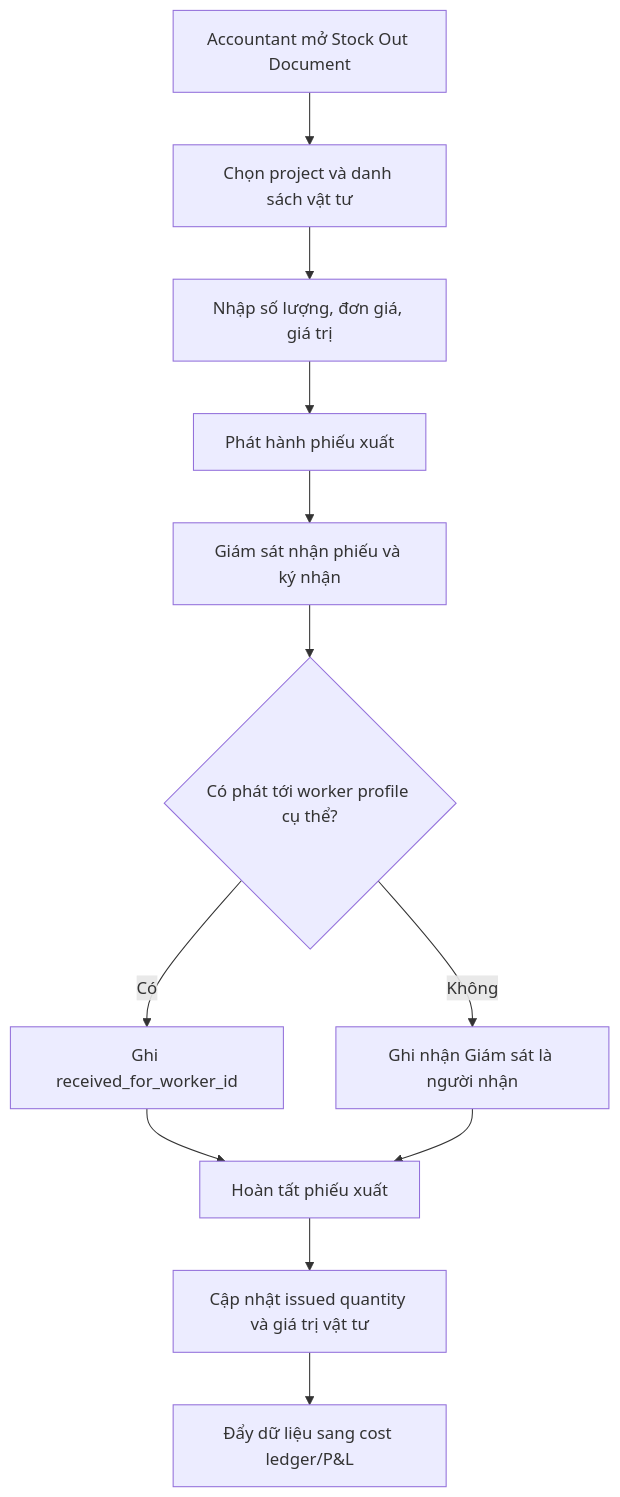
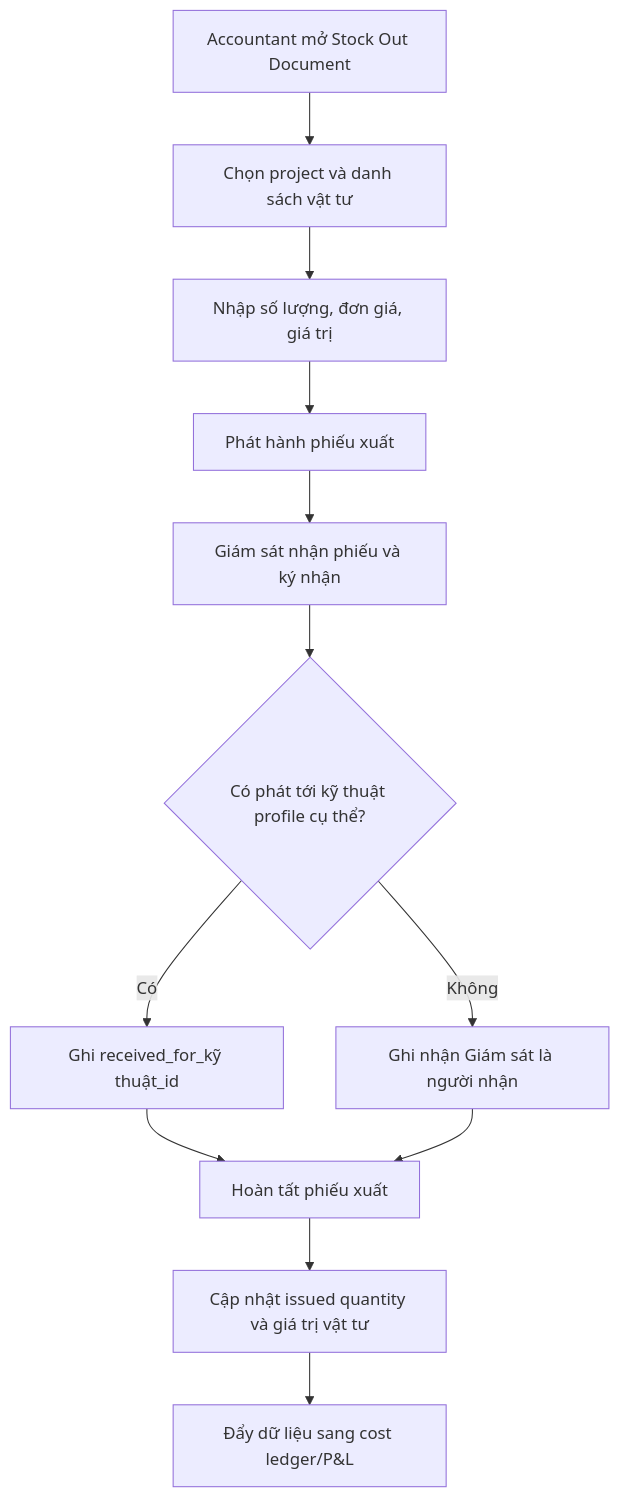
Before and after one commit to dungnt118/sira-thi-cong: the third of 6 diagrams in documents/BA-V4/03-UI-UX-Design/Accountant/User_Flows_Accountant_v4.md, drawn with Mermaid. The commit also changed 40 other files, not shown here.

Commit message:
feat: Add initial BA-V4 project documentation including ERD, UI/UX designs, and business requirements.

````diff
--- a/documents/BA-V4/03-UI-UX-Design/Accountant/User_Flows_Accountant_v4.md
+++ b/documents/BA-V4/03-UI-UX-Design/Accountant/User_Flows_Accountant_v4.md
@@ -74,14 +74,14 @@
 ```mermaid
 flowchart TD
   A["Accountant mở Stock Out Document"] --> B["Chọn project và danh sách vật tư"]
   B --> C["Nhập số lượng, đơn giá, giá trị"]
   C --> D["Phát hành phiếu xuất"]
   D --> E["Giám sát nhận phiếu và ký nhận"]
-  E --> F{"Có phát tới worker profile cụ thể?"}
-  F -->|Có| G["Ghi received_for_worker_id"]
+  E --> F{"Có phát tới kỹ thuật profile cụ thể?"}
+  F -->|Có| G["Ghi received_for_kỹ thuật_id"]
   F -->|Không| H["Ghi nhận Giám sát là người nhận"]
   G --> I["Hoàn tất phiếu xuất"]
   H --> I
   I --> J["Cập nhật issued quantity và giá trị vật tư"]
   J --> K["Đẩy dữ liệu sang cost ledger/P&L"]
 ```
````
